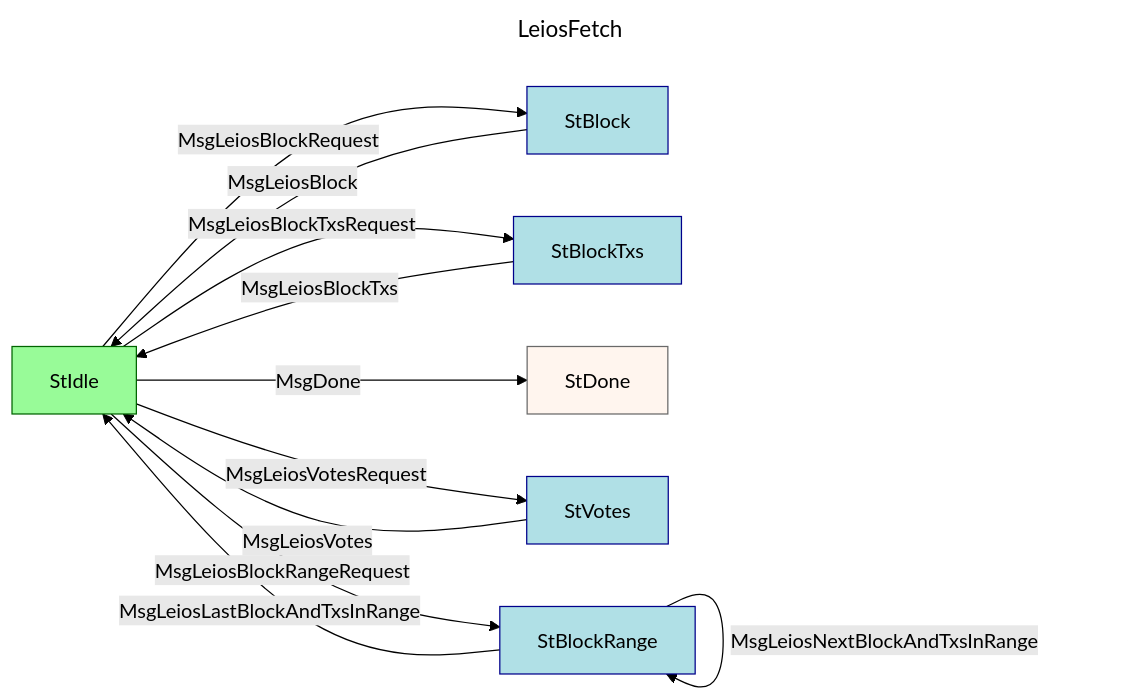
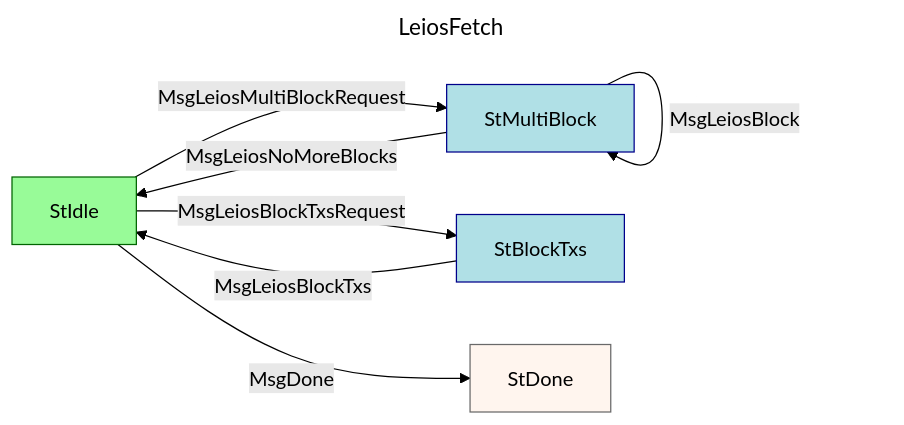
The fourth of 4 diagrams in CIP-0164/README.md (cardano-foundation/CIPs), drawn with Mermaid (forest theme) before and after one commit. The commit also changed other lines of this file, not shown here.

First line of the commit message:
CIP-0164 | Refine Leios protocols based on buidlerfest discussions (#1167)

````diff
--- a/CIP-0164/README.md
+++ b/CIP-0164/README.md
@@ -1276,19 +1381,15 @@
 ```mermaid
 ---
 title: LeiosFetch
 ---
 graph LR
    style StIdle fill:PaleGreen,stroke:DarkGreen;
-   style StBlock fill:PowderBlue,stroke:DarkBlue;
+   style StMultiBlock fill:PowderBlue,stroke:DarkBlue;
    style StBlockTxs fill:PowderBlue,stroke:DarkBlue;
    style StDone fill:SeaShell,stroke:DimGray;
-   style StVotes fill:PowderBlue,stroke:DarkBlue;
-   style StBlockRange fill:PowderBlue,stroke:DarkBlue;
 
-   StIdle -->|MsgLeiosBlockRequest| StBlock -->|MsgLeiosBlock| StIdle
+   StIdle -->|MsgLeiosMultiBlockRequest| StMultiBlock -->|MsgLeiosBlock| StMultiBlock -->|MsgLeiosNoMoreBlocks| StIdle
    StIdle -->|MsgLeiosBlockTxsRequest| StBlockTxs -->|MsgLeiosBlockTxs| StIdle
-   StIdle -->|MsgLeiosVotesRequest| StVotes -->|MsgLeiosVotes| StIdle
-   StIdle -->|MsgLeiosBlockRangeRequest| StBlockRange -->|MsgLeiosNextBlockAndTxsInRange| StBlockRange -->|MsgLeiosLastBlockAndTxsInRange| StIdle
 
    StIdle -->|MsgDone| StDone
 ```
````
